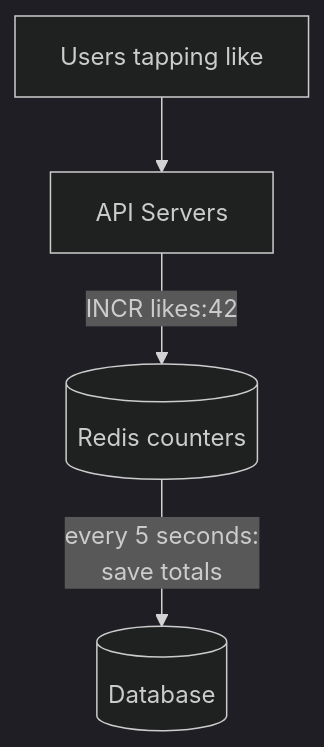
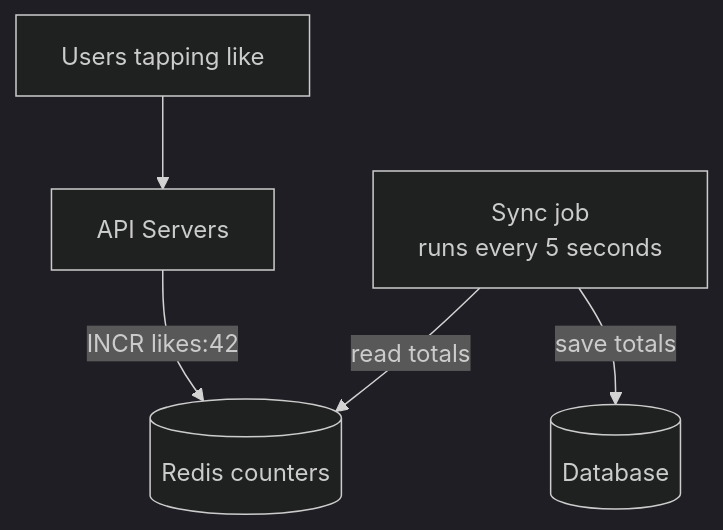
Before and after one commit to iamrs77/interview-ready: the third of 3 diagrams in content/system-design/hld-basics/scaling-writes.mdx, drawn with Mermaid (dark theme). The commit also changed other lines of this file and 132 other files, not shown here.

````diff
--- a/content/system-design/hld-basics/scaling-writes.mdx
+++ b/content/system-design/hld-basics/scaling-writes.mdx
@@ -126,6 +126,7 @@
 ```mermaid
 flowchart TB
   U["Users tapping like"]:::client --> API["API Servers"]:::service
   API -->|"INCR likes:42"| R[("Redis counters")]:::cache
-  R -->|"every 5 seconds:<br/>save totals"| DB[("Database")]:::db
+  J["Sync job<br/>runs every 5 seconds"]:::service -->|"read totals"| R
+  J -->|"save totals"| DB[("Database")]:::db
 ```
````
